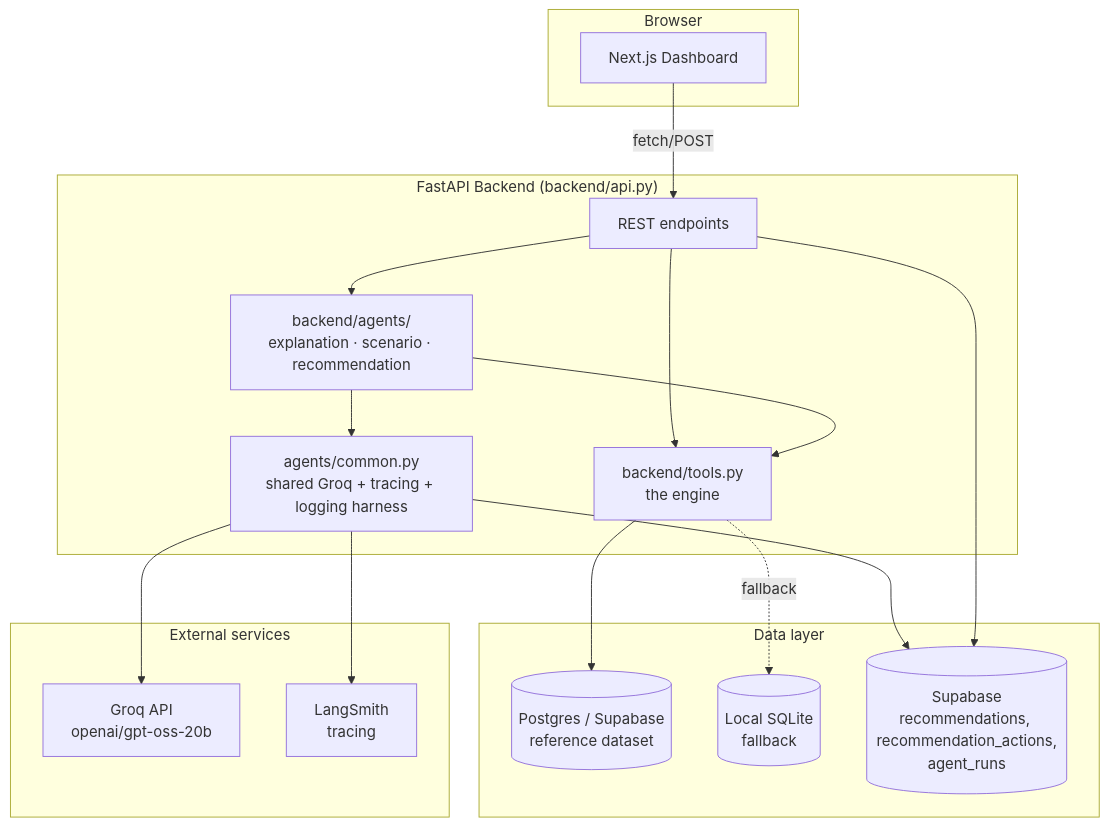
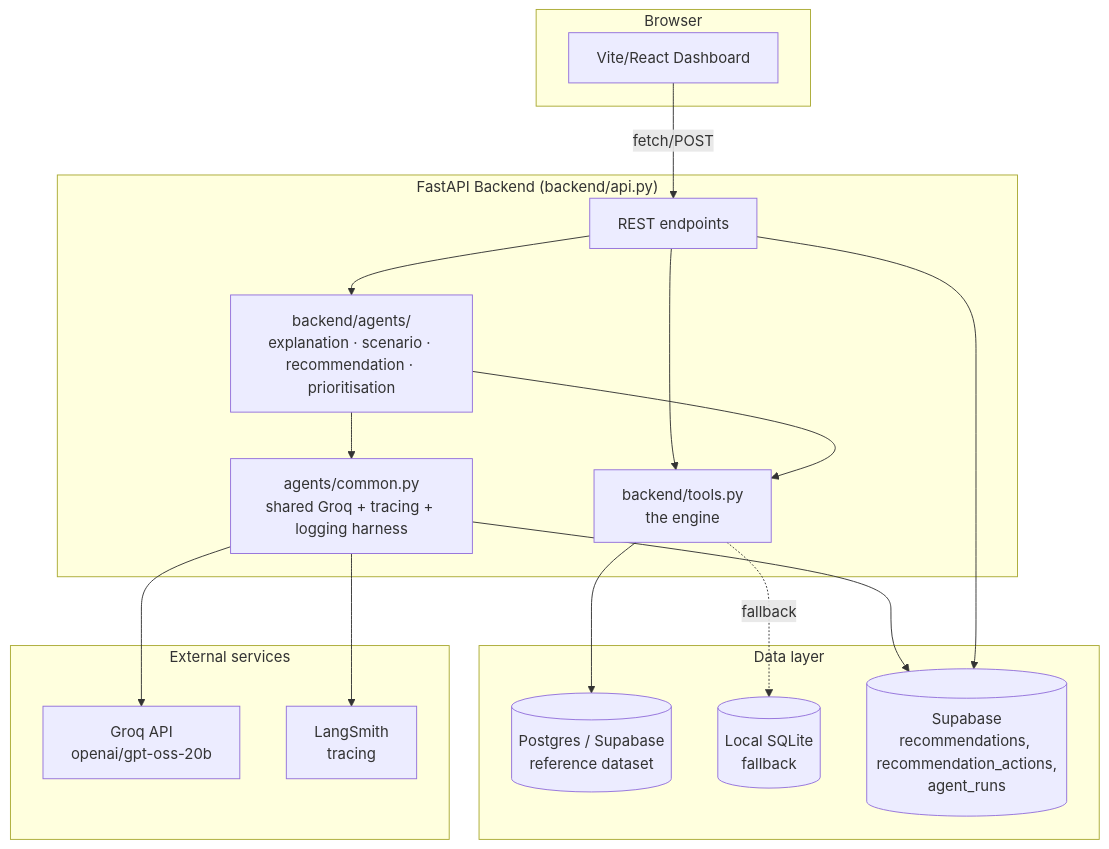
The first of 3 diagrams in README.md (abj11lk/SingHacks-2026-Popeyes), drawn with Mermaid before and after one commit. The commit also changed other lines of this file, not shown here.

````diff
--- a/README.md
+++ b/README.md
@@ -95,36 +101,36 @@
 ```mermaid
 flowchart TB
     subgraph Client["Browser"]
-        UI[Next.js Dashboard]
+        UI[Vite/React Dashboard]
     end
 
     subgraph Backend["FastAPI Backend (backend/api.py)"]
         API[REST endpoints]
         Tools[backend/tools.py<br/>the engine]
-        Agents[backend/agents/<br/>explanation · scenario · recommendation]
+        Agents[backend/agents/<br/>explanation · scenario · recommendation · prioritisation]
         Common[agents/common.py<br/>shared Groq + tracing + logging harness]
     end
 
     subgraph Data["Data layer"]
         PG[(Postgres / Supabase<br/>reference dataset)]
         SQLite[(Local SQLite<br/>fallback)]
         Supa[(Supabase<br/>recommendations, recommendation_actions,<br/>agent_runs)]
     end
 
     subgraph External["External services"]
         Groq[Groq API<br/>openai/gpt-oss-20b]
         LangSmith[LangSmith<br/>tracing]
     end
 
     UI -->|fetch/POST| API
     API --> Tools
     API --> Agents
     Agents --> Tools
     Agents --> Common
     Common --> Groq
     Common --> LangSmith
     Common --> Supa
     Tools --> PG
     Tools -.fallback.-> SQLite
     API --> Supa
 ```
````
